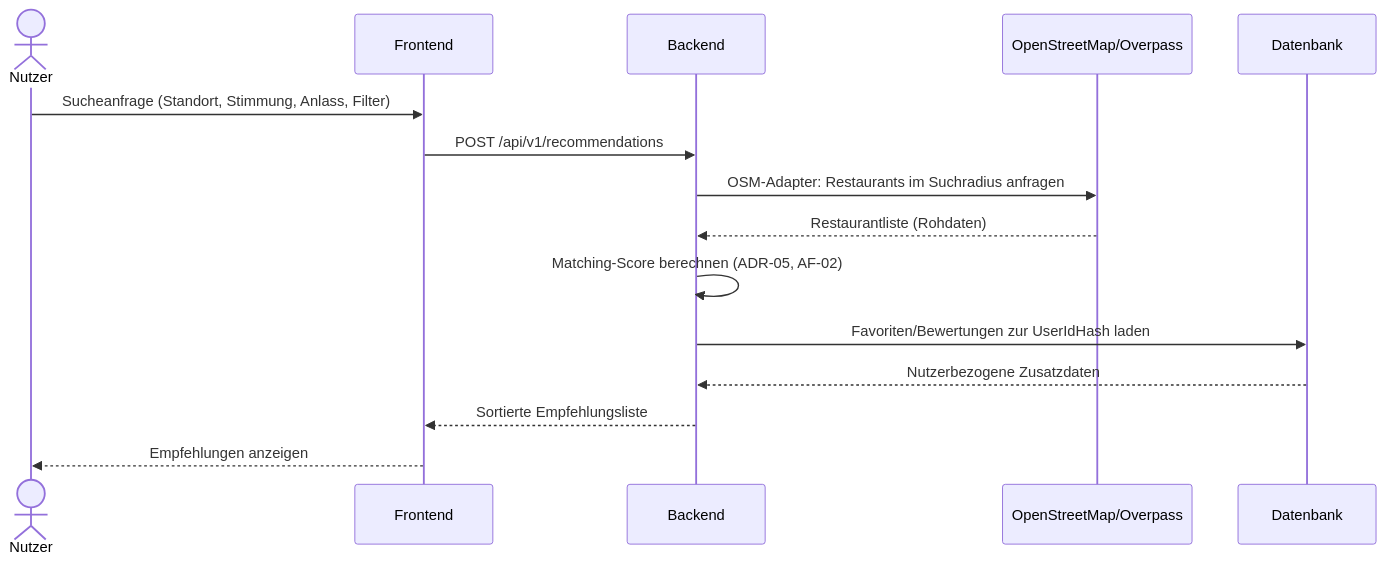
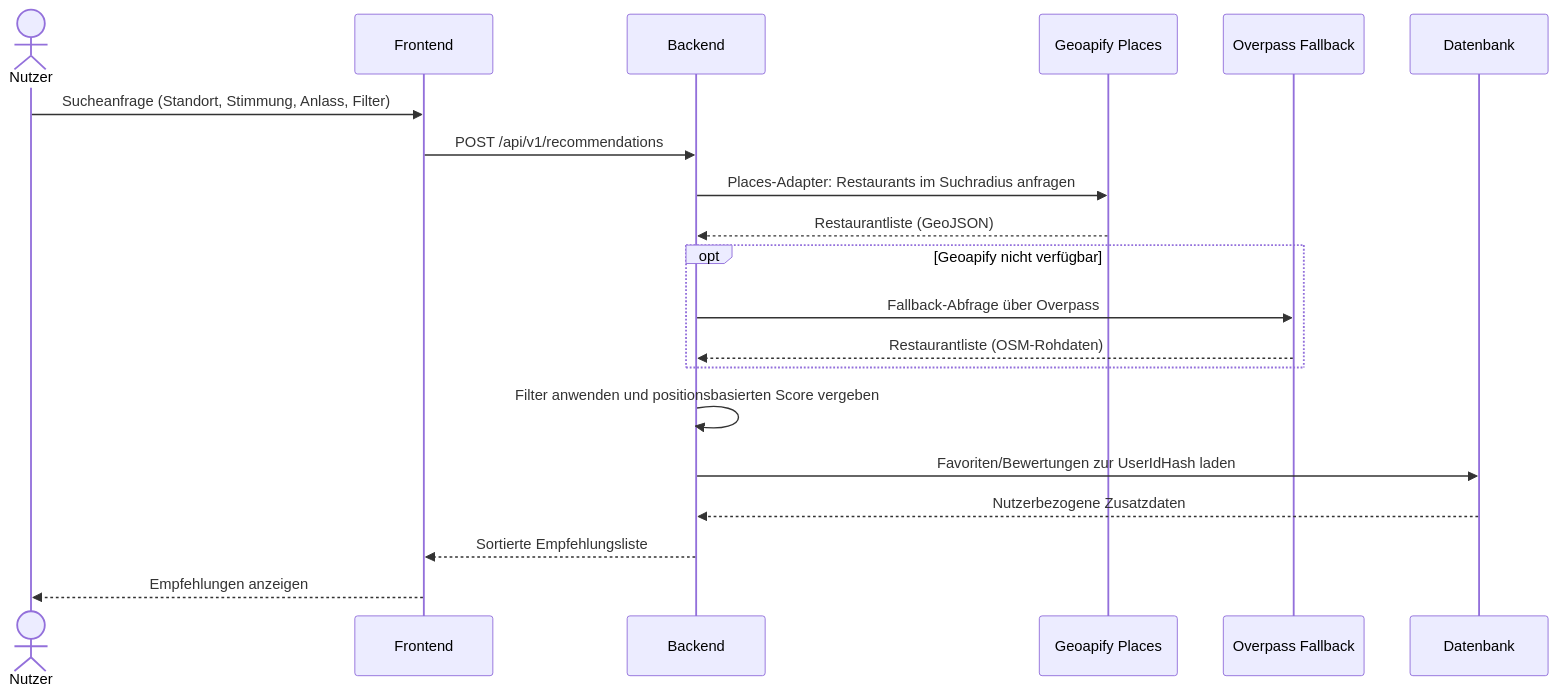
The diagram in docs/arch/diagrams/runtime-recommendation.mmd (ahil-trq/thm_wk-1106_food-mood), drawn with Mermaid before and after one commit. The commit also changed 14 other files, not shown here.

```diff
--- a/docs/arch/diagrams/runtime-recommendation.mmd
+++ b/docs/arch/diagrams/runtime-recommendation.mmd
@@ -1,16 +1,21 @@
 sequenceDiagram
     actor Nutzer
     participant Frontend
     participant Backend
-    participant OSM as OpenStreetMap/Overpass
+    participant Places as Geoapify Places
+    participant OSM as Overpass Fallback
     participant DB as Datenbank
 
     Nutzer->>Frontend: Sucheanfrage (Standort, Stimmung, Anlass, Filter)
     Frontend->>Backend: POST /api/v1/recommendations
-    Backend->>OSM: OSM-Adapter: Restaurants im Suchradius anfragen
-    OSM-->>Backend: Restaurantliste (Rohdaten)
-    Backend->>Backend: Matching-Score berechnen (ADR-05, AF-02)
+    Backend->>Places: Places-Adapter: Restaurants im Suchradius anfragen
+    Places-->>Backend: Restaurantliste (GeoJSON)
+    opt Geoapify nicht verfügbar
+        Backend->>OSM: Fallback-Abfrage über Overpass
+        OSM-->>Backend: Restaurantliste (OSM-Rohdaten)
+    end
+    Backend->>Backend: Filter anwenden und positionsbasierten Score vergeben
     Backend->>DB: Favoriten/Bewertungen zur UserIdHash laden
     DB-->>Backend: Nutzerbezogene Zusatzdaten
     Backend-->>Frontend: Sortierte Empfehlungsliste
     Frontend-->>Nutzer: Empfehlungen anzeigen
```
